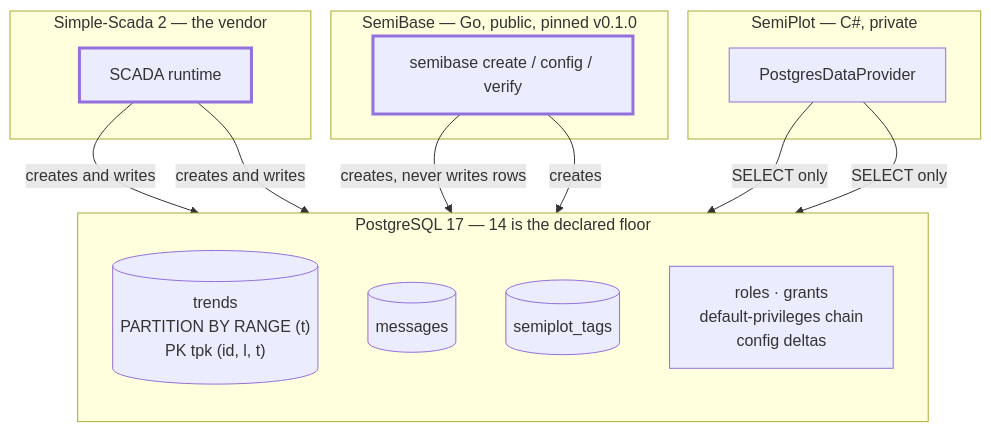
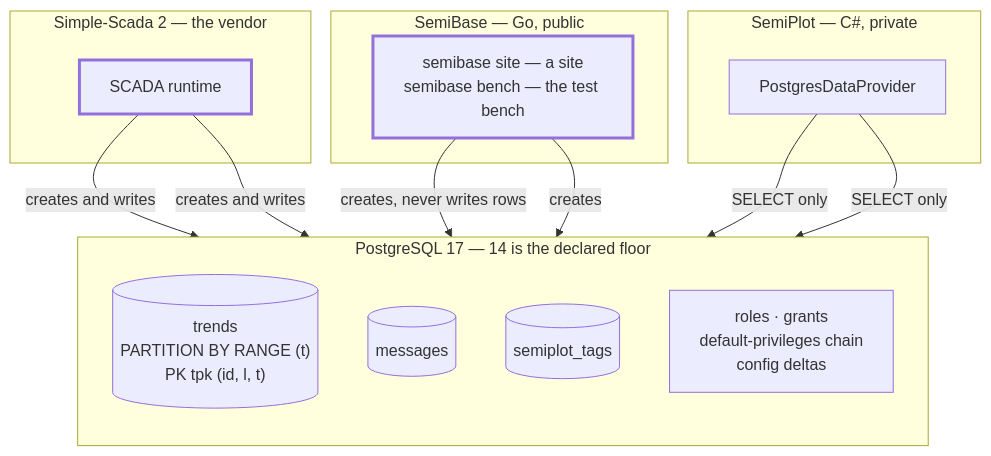
The first of 5 diagrams in docs/architecture/postgres-topology.md (Semiteq/SemiPlot), drawn with Mermaid before and after one commit. The commit also changed other lines of this file and 40 other files, not shown here.

````diff
--- a/docs/architecture/postgres-topology.md
+++ b/docs/architecture/postgres-topology.md
@@ -11,32 +11,32 @@
 ```mermaid
 flowchart TB
     subgraph vendor["Simple-Scada 2 — the vendor"]
         scada["SCADA runtime"]
     end
 
-    subgraph semibase["SemiBase — Go, public, pinned v0.1.0"]
-        prov["semibase create / config / verify"]
+    subgraph semibase["SemiBase — Go, public"]
+        prov["semibase site — a site<br/>semibase bench — the test bench"]
     end
 
     subgraph db["PostgreSQL 17 — 14 is the declared floor"]
         direction TB
         trends[("trends<br/>PARTITION BY RANGE (t)<br/>PK tpk (id, l, t)")]
         msgs[("messages")]
         tags[("semiplot_tags")]
         roles["roles · grants<br/>default-privileges chain<br/>config deltas"]
     end
 
     subgraph semiplot["SemiPlot — C#, private"]
         prov2["PostgresDataProvider"]
     end
 
     scada -- "creates and writes" --> trends
     scada -- "creates and writes" --> msgs
     prov -- "creates, never writes rows" --> tags
     prov -- "creates" --> roles
     prov2 -- "SELECT only" --> trends
     prov2 -- "SELECT only" --> tags
 
     classDef write stroke-width:3px
     class scada,prov write
 ```
````
